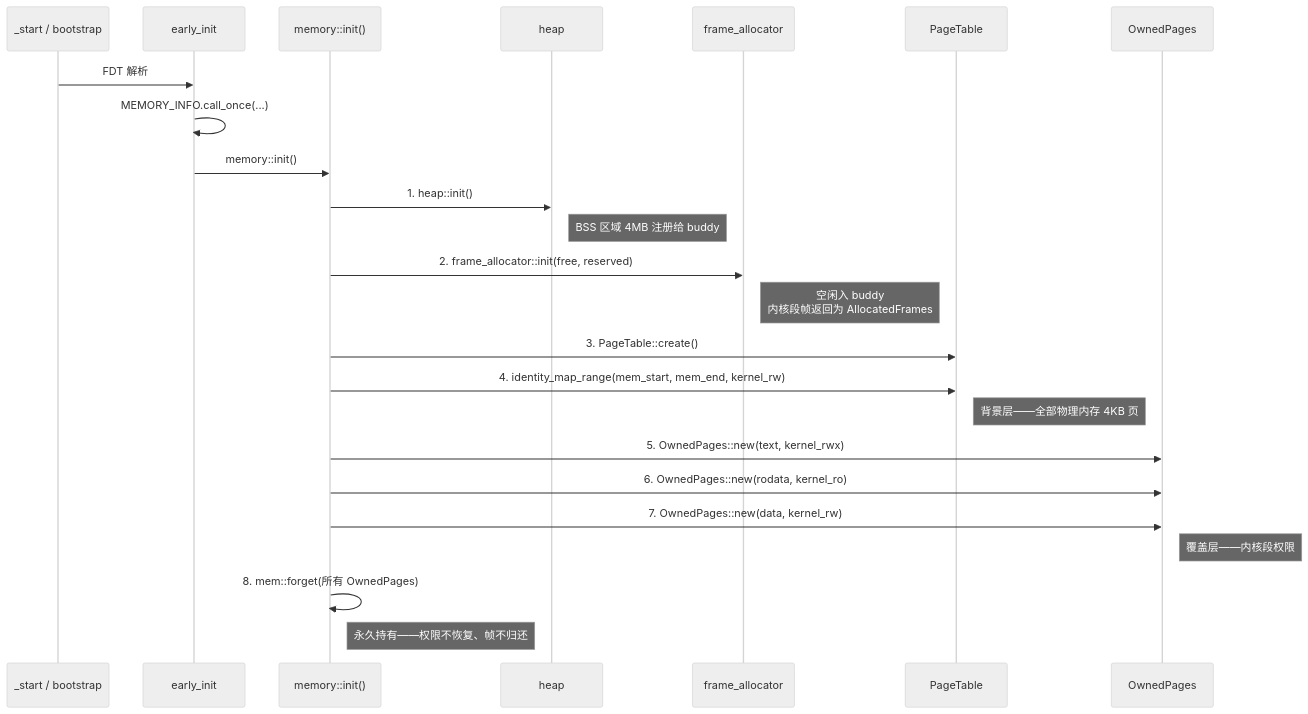
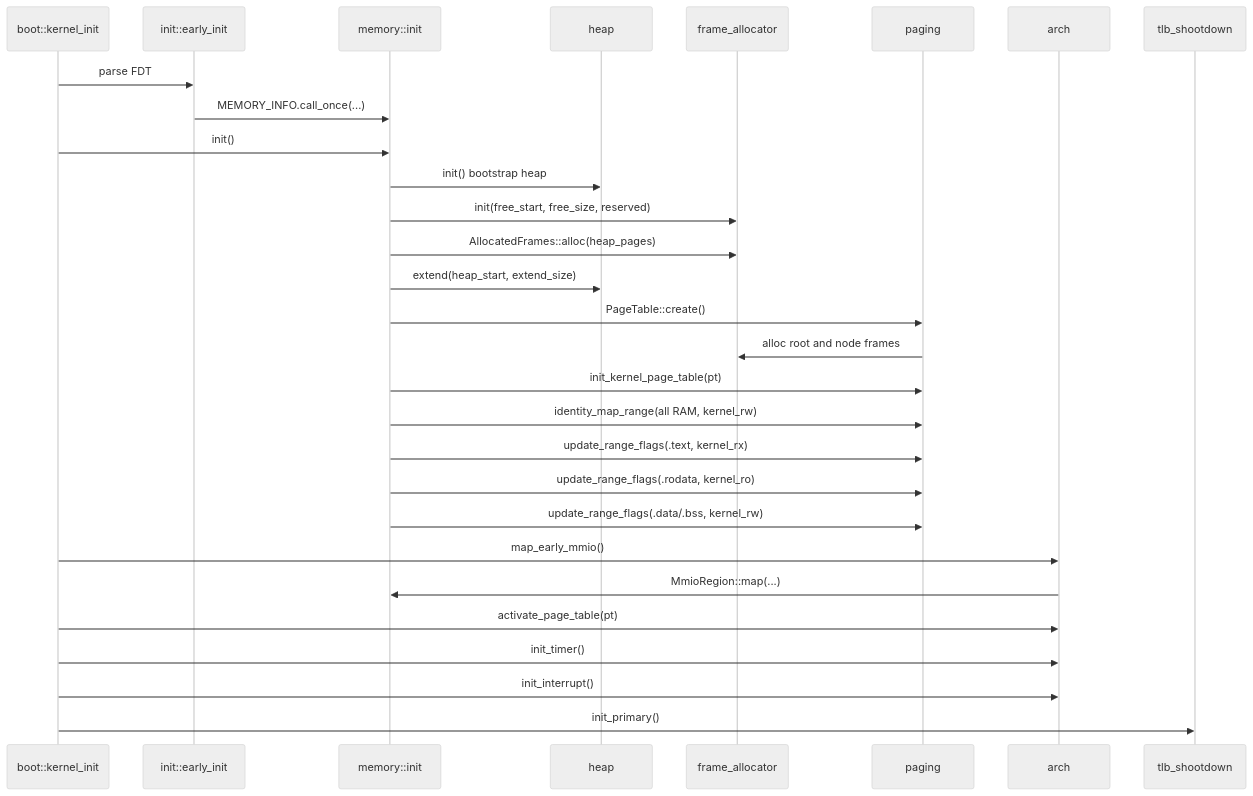
Before and after one commit to MRNIU/SimpleKernel: the second of 7 diagrams in docs/design/memory-subsystem-v2.md, drawn with Mermaid (neutral theme). The commit also changed other lines of this file and 10 other files, not shown here.

First line of the commit message:
fix(memory): 保留非对齐 MMIO 寄存器基址

````diff
--- a/docs/design/memory-subsystem-v2.md
+++ b/docs/design/memory-subsystem-v2.md
@@ -742,32 +87,32 @@
 ```mermaid
 sequenceDiagram
-    participant Boot as _start / bootstrap
-    participant Early as early_init
-    participant Mem as memory::init()
-    participant Heap as heap
-    participant Frame as frame_allocator
-    participant PT as PageTable
-    participant Owned as OwnedPages
+  participant Boot as boot::kernel_init
+  participant Early as init::early_init
+  participant Memory as memory::init
+  participant Heap as heap
+  participant Frame as frame_allocator
+  participant Paging as paging
+  participant Arch as arch
+  participant TLB as tlb_shootdown
 
-    Boot->>Early: FDT 解析
-    Early->>Early: MEMORY_INFO.call_once(...)
-
-    Early->>Mem: memory::init()
-    Mem->>Heap: 1. heap::init()
-    Note right of Heap: BSS 区域 4MB 注册给 buddy
-
-    Mem->>Frame: 2. frame_allocator::init(free, reserved)
-    Note right of Frame: 空闲入 buddy<br/>内核段帧返回为 AllocatedFrames
-
-    Mem->>PT: 3. PageTable::create()
-    Mem->>PT: 4. identity_map_range(mem_start, mem_end, kernel_rw)
-    Note right of PT: 背景层——全部物理内存 4KB 页
-
-    Mem->>Owned: 5. OwnedPages::new(text, kernel_rwx)
-    Mem->>Owned: 6. OwnedPages::new(rodata, kernel_ro)
-    Mem->>Owned: 7. OwnedPages::new(data, kernel_rw)
-    Note right of Owned: 覆盖层——内核段权限
-
-    Mem->>Mem: 8. mem::forget(所有 OwnedPages)
-    Note right of Mem: 永久持有——权限不恢复、帧不归还
+  Boot->>Early: parse FDT
+  Early->>Memory: MEMORY_INFO.call_once(...)
+  Boot->>Memory: init()
+  Memory->>Heap: init() bootstrap heap
+  Memory->>Frame: init(free_start, free_size, reserved)
+  Memory->>Frame: AllocatedFrames::alloc(heap_pages)
+  Memory->>Heap: extend(heap_start, extend_size)
+  Memory->>Paging: PageTable::create()
+  Paging->>Frame: alloc root and node frames
+  Memory->>Paging: init_kernel_page_table(pt)
+  Memory->>Paging: identity_map_range(all RAM, kernel_rw)
+  Memory->>Paging: update_range_flags(.text, kernel_rx)
+  Memory->>Paging: update_range_flags(.rodata, kernel_ro)
+  Memory->>Paging: update_range_flags(.data/.bss, kernel_rw)
+  Boot->>Arch: map_early_mmio()
+  Arch->>Memory: MmioRegion::map(...)
+  Boot->>Arch: activate_page_table(pt)
+  Boot->>Arch: init_timer()
+  Boot->>Arch: init_interrupt()
+  Boot->>TLB: init_primary()
 ```
````
